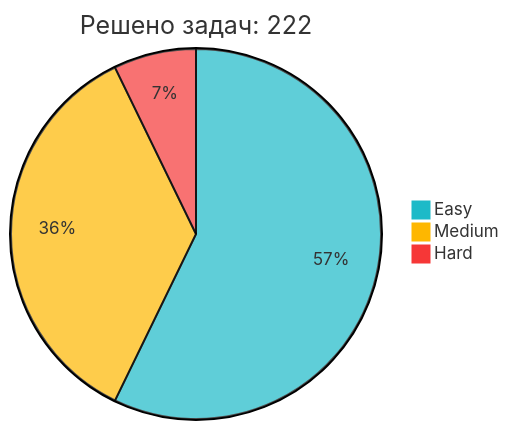
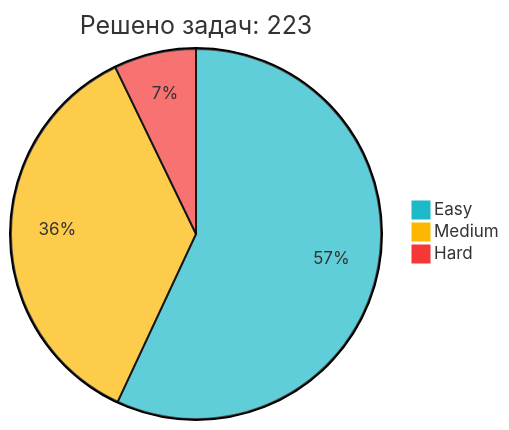
One commit to IliaKurdukov/IliaKurdukov changed the diagram in README.md. Above: the diagram before and after it, drawn with Mermaid. The commit also changed other lines of this file, not shown here.

Commit message:
📈 Обновление статистики LeetCode

````diff
--- a/README.md
+++ b/README.md
@@ -51,7 +51,7 @@
 ```mermaid
 %%{init: {'theme': 'base', 'themeVariables': { 'pie1': '#1CBAC8', 'pie2': '#FEB700', 'pie3': '#F63737' }, 'config': {'width': 300, 'height': 200}}}%%
-pie title Решено задач: 222
+pie title Решено задач: 223
    "Easy" : 127
-   "Medium" : 79
+   "Medium" : 80
    "Hard" : 16
 ```
````
